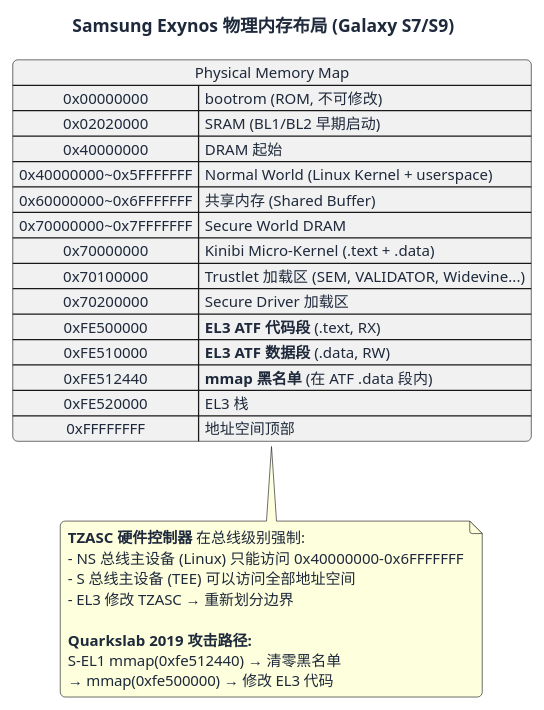
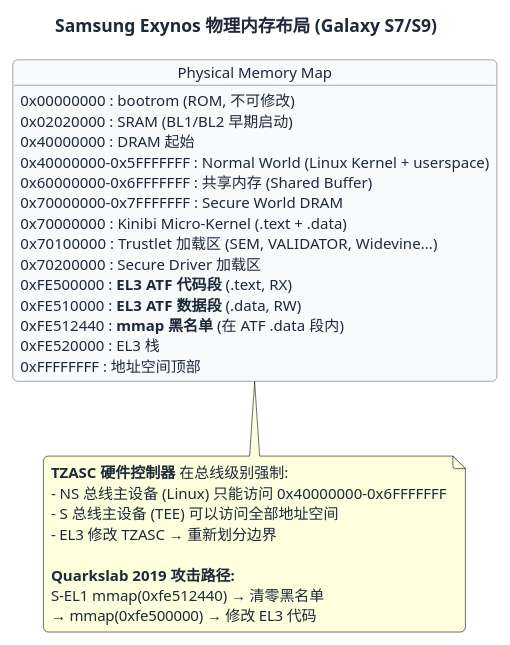
One commit to overkazaf/blogs changed the diagram in static/images/el0-to-el3/memory-layout.puml. Above: the diagram before and after it, drawn with PlantUML. The commit also changed 1 other file, not shown here.

Commit message:
fix: regenerate trustzone memory layout diagram

```diff
--- a/static/images/el0-to-el3/memory-layout.puml
+++ b/static/images/el0-to-el3/memory-layout.puml
@@ -1,41 +1,45 @@
 @startuml
 skinparam backgroundColor #FFFFFF
 skinparam defaultFontName "Segoe UI,Helvetica,Arial,sans-serif"
 skinparam defaultFontSize 12
 skinparam defaultFontColor #1e293b
 skinparam shadowing false
 skinparam roundCorner 8
 skinparam arrowColor #3b82f6
 skinparam arrowThickness 2
+skinparam object {
+  BackgroundColor #f8fafc
+  BorderColor #64748b
+}
 
 title Samsung Exynos 物理内存布局 (Galaxy S7/S9)
 
-map "Physical Memory Map" as MEM {
-  0x00000000 => bootrom (ROM, 不可修改)
-  0x02020000 => SRAM (BL1/BL2 早期启动)
-  0x40000000 => DRAM 起始
-  0x40000000~0x5FFFFFFF => Normal World (Linux Kernel + userspace)
-  0x60000000~0x6FFFFFFF => 共享内存 (Shared Buffer)
-  0x70000000~0x7FFFFFFF => Secure World DRAM
-  0x70000000 => Kinibi Micro-Kernel (.text + .data)
-  0x70100000 => Trustlet 加载区 (SEM, VALIDATOR, Widevine...)
-  0x70200000 => Secure Driver 加载区
-  0xFE500000 => **EL3 ATF 代码段** (.text, RX)
-  0xFE510000 => **EL3 ATF 数据段** (.data, RW)
-  0xFE512440 => **mmap 黑名单** (在 ATF .data 段内)
-  0xFE520000 => EL3 栈
-  0xFFFFFFFF => 地址空间顶部
+object "Physical Memory Map" as MEM {
+  0x00000000 : bootrom (ROM, 不可修改)
+  0x02020000 : SRAM (BL1/BL2 早期启动)
+  0x40000000 : DRAM 起始
+  0x40000000-0x5FFFFFFF : Normal World (Linux Kernel + userspace)
+  0x60000000-0x6FFFFFFF : 共享内存 (Shared Buffer)
+  0x70000000-0x7FFFFFFF : Secure World DRAM
+  0x70000000 : Kinibi Micro-Kernel (.text + .data)
+  0x70100000 : Trustlet 加载区 (SEM, VALIDATOR, Widevine...)
+  0x70200000 : Secure Driver 加载区
+  0xFE500000 : **EL3 ATF 代码段** (.text, RX)
+  0xFE510000 : **EL3 ATF 数据段** (.data, RW)
+  0xFE512440 : **mmap 黑名单** (在 ATF .data 段内)
+  0xFE520000 : EL3 栈
+  0xFFFFFFFF : 地址空间顶部
 }
 
 note bottom of MEM
   **TZASC 硬件控制器** 在总线级别强制:
   - NS 总线主设备 (Linux) 只能访问 0x40000000-0x6FFFFFFF
   - S 总线主设备 (TEE) 可以访问全部地址空间
   - EL3 修改 TZASC → 重新划分边界
 
   **Quarkslab 2019 攻击路径:**
   S-EL1 mmap(0xfe512440) → 清零黑名单
   → mmap(0xfe500000) → 修改 EL3 代码
 end note
 
 @enduml
```
